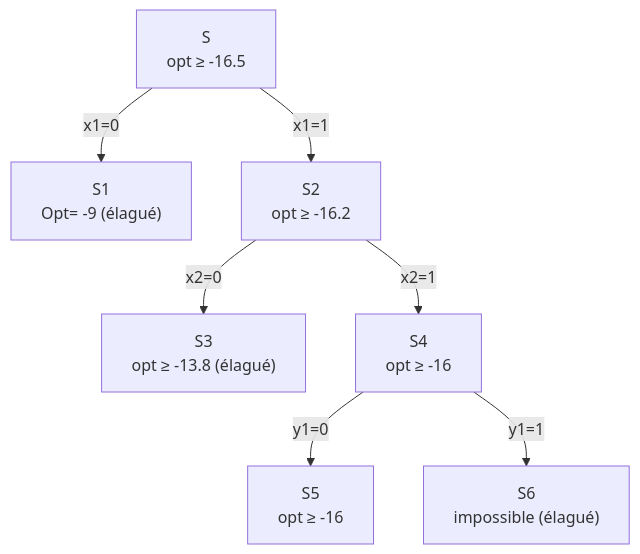
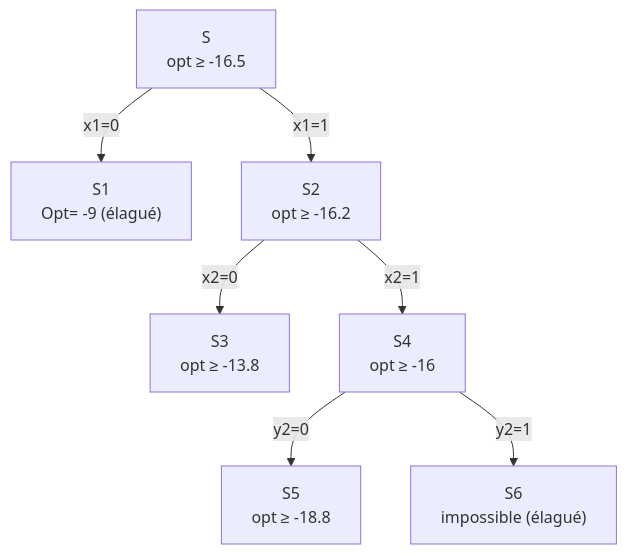
One commit to Yahya8bit/ensi-survival-kit changed the third of 4 diagrams in docs/Year 2/Semester 1/PL/Cours/pl-plne-branch-and-bound.md. Above: the diagram before and after it, drawn with Mermaid. The commit also changed other lines of this file, not shown here.

````diff
--- a/docs/Year 2/Semester 1/PL/Cours/pl-plne-branch-and-bound.md
+++ b/docs/Year 2/Semester 1/PL/Cours/pl-plne-branch-and-bound.md
@@ -248,16 +248,16 @@
 ```mermaid
 flowchart TD
     S["S<br/>opt ≥ -16.5"]
     S1["S1<br/>Opt= -9 (élagué)"]
     S2["S2<br/>opt ≥ -16.2"]
-    S3["S3<br/>opt ≥ -13.8 (élagué)"]
+    S3["S3<br/>opt ≥ -13.8"]
     S4["S4<br/>opt ≥ -16"]
-    S5["S5<br/>opt ≥ -16"]
+    S5["S5<br/>opt ≥ -18.8"]
     S6["S6<br/>impossible (élagué)"]
     S -->|x1=0| S1
     S -->|x1=1| S2
     S2 -->|x2=0| S3
     S2 -->|x2=1| S4
-    S4 -->|y1=0| S5
-    S4 -->|y1=1| S6
+    S4 -->|y2=0| S5
+    S4 -->|y2=1| S6
 ```
````
